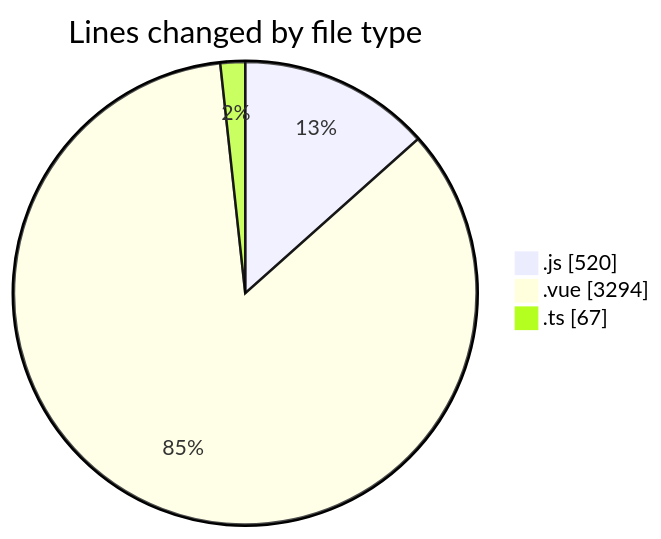
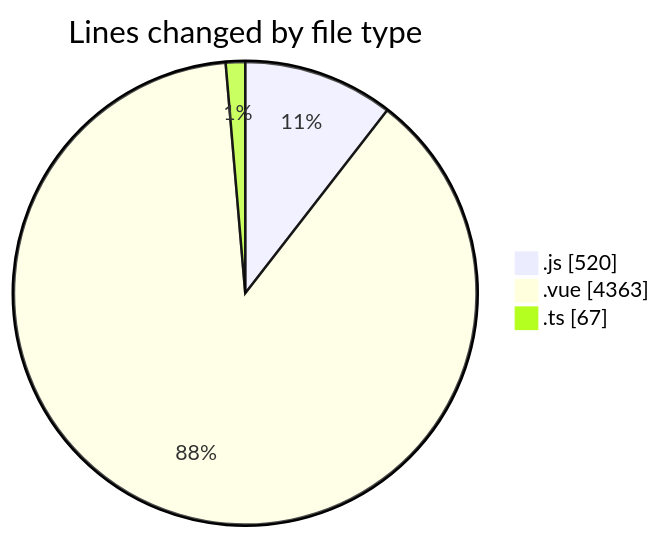
The first of 2 diagrams in 2025-08-17/rentotp/README.md (lephambinh05/code-tracking), drawn with Mermaid before and after one commit. The commit also changed other lines of this file and 1 other file, not shown here.

````diff
--- a/2025-08-17/rentotp/README.md
+++ b/2025-08-17/rentotp/README.md
@@ -34,7 +34,7 @@
 ```mermaid
 pie showData
 title Lines changed by file type
 ".js" : 520
-".vue" : 3294
+".vue" : 4363
 ".ts" : 67
 ```
````
